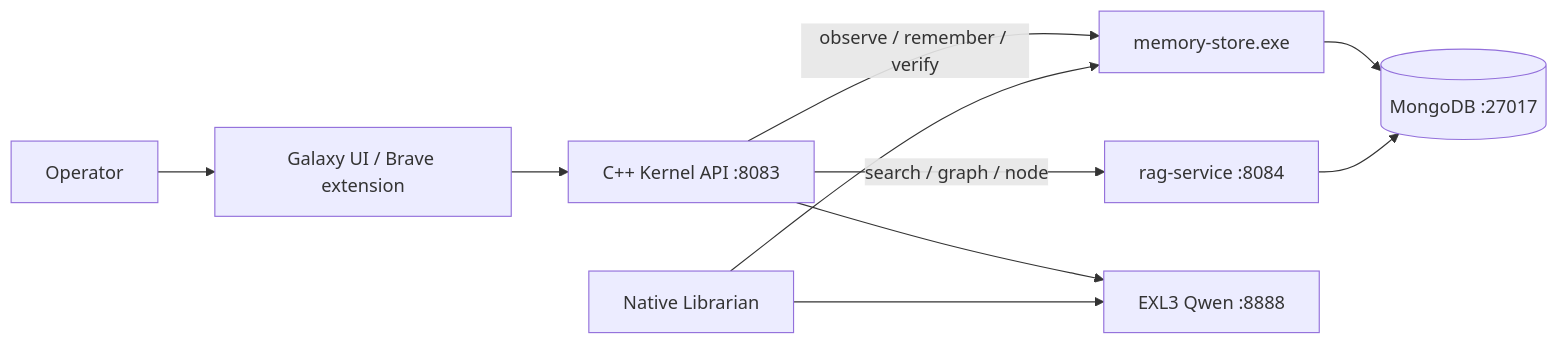
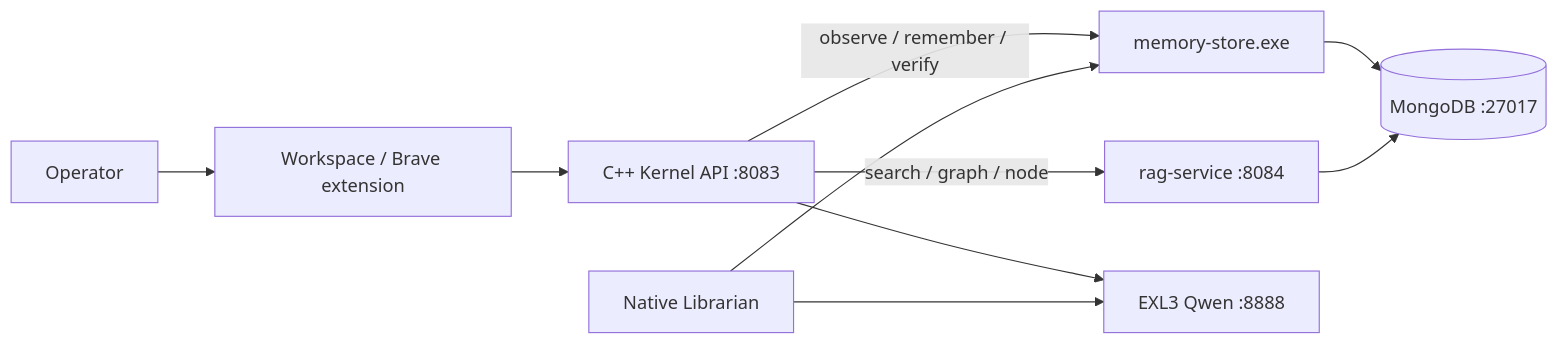
The diagram in ARCHITECTURE.md (usrname1git/GodBrain), drawn with Mermaid before and after one commit. The commit also changed 54 other files, not shown here.

````diff
--- a/ARCHITECTURE.md
+++ b/ARCHITECTURE.md
@@ -58,21 +58,21 @@
 ```mermaid
 flowchart LR
     Operator[Operator]
-    UI[Galaxy UI / Brave extension]
+    UI[Workspace / Brave extension]
     Kernel[C++ Kernel API :8083]
     Mongo[(MongoDB :27017)]
     Librarian[Native Librarian]
     Memory[memory-store.exe]
     RAG[rag-service :8084]
     Mouth[EXL3 Qwen :8888]
 
     Operator --> UI
     UI --> Kernel
     Kernel -->|search / graph / node| RAG
     Kernel -->|observe / remember / verify| Memory
     Kernel --> Mouth
     Librarian --> Mouth
     Librarian --> Memory
     Memory --> Mongo
     RAG --> Mongo
 ```
````
